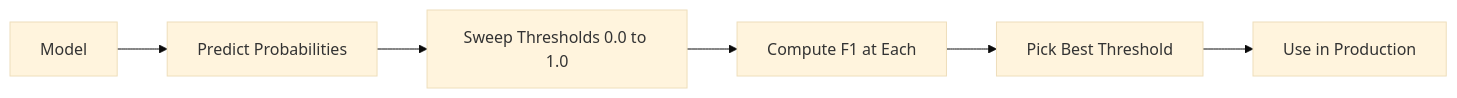
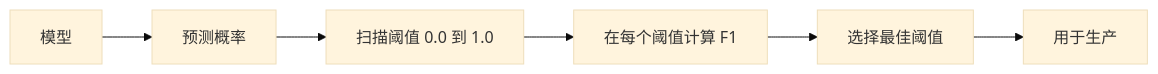
One commit to guangningsun/ailearning changed the third of 4 diagrams in lessons/02-ml-fundamentals/17-imbalanced-data/docs/zh.md. Above: the diagram before and after it, drawn with Mermaid (base theme). The commit also changed other lines of this file and 53 other files, not shown here.

````diff
--- a/lessons/02-ml-fundamentals/17-imbalanced-data/docs/zh.md
+++ b/lessons/02-ml-fundamentals/17-imbalanced-data/docs/zh.md
@@ -166,8 +160,8 @@
 ```mermaid
 flowchart LR
-    A[Model] --> B[Predict Probabilities]
-    B --> C[Sweep Thresholds 0.0 to 1.0]
-    C --> D[Compute F1 at Each]
-    D --> E[Pick Best Threshold]
-    E --> F[Use in Production]
+    A[模型] --> B[预测概率]
+    B --> C[扫描阈值 0.0 到 1.0]
+    C --> D[在每个阈值计算 F1]
+    D --> E[选择最佳阈值]
+    E --> F[用于生产]
 ```
````
